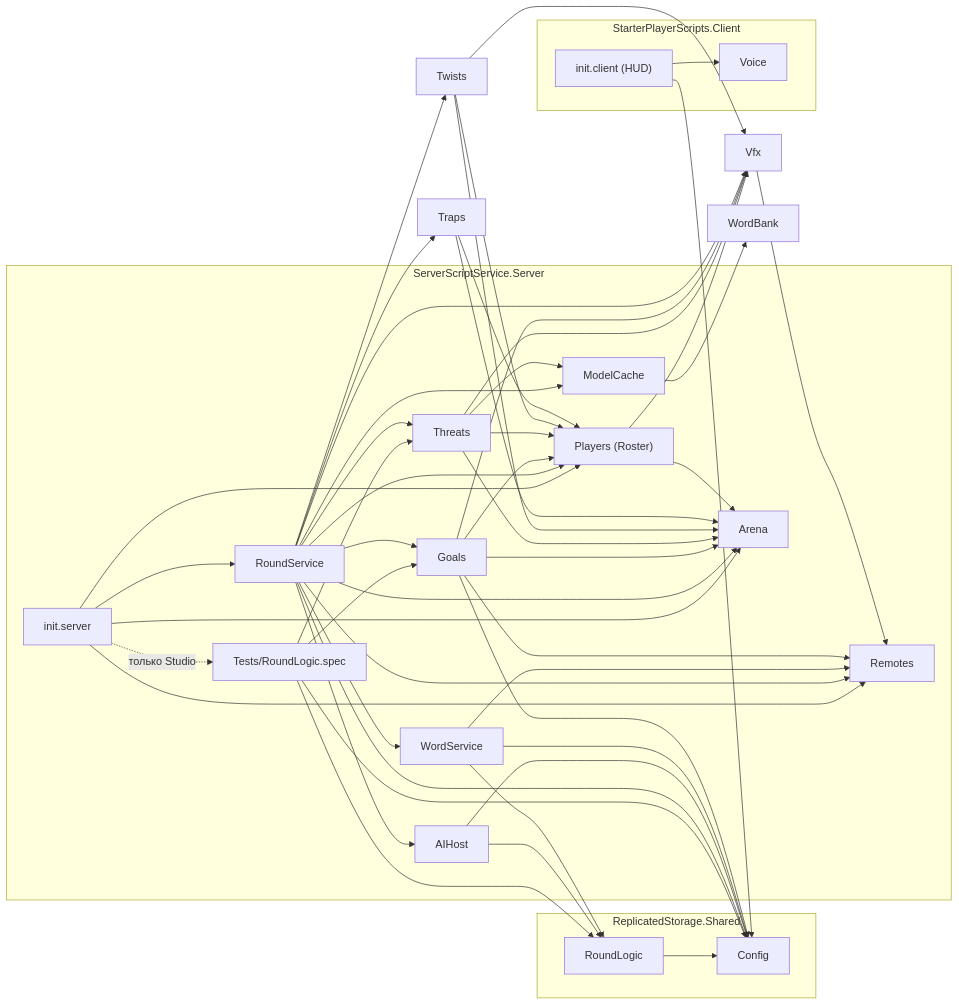
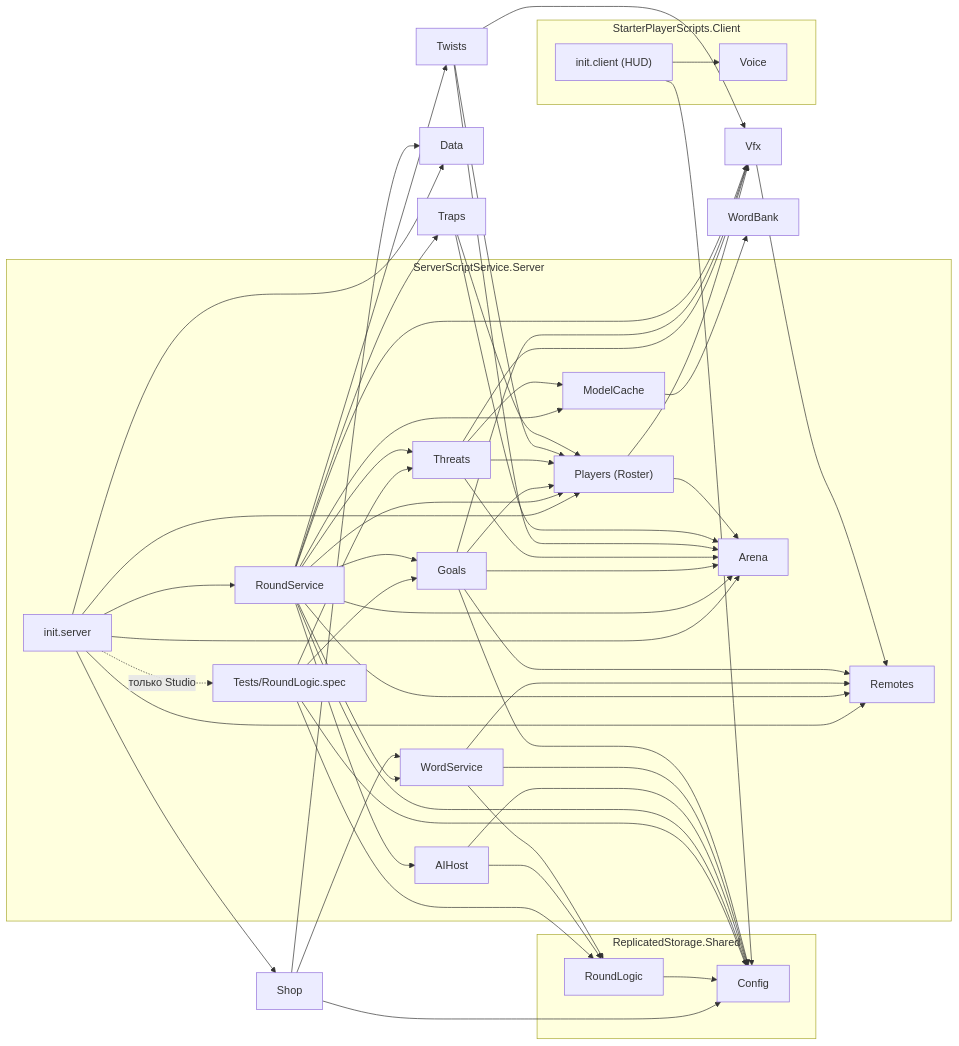
One commit to HageZERO2/AI-SAYS changed the first of 3 diagrams in docs/GRAPH.md. Above: the diagram before and after it, drawn with Mermaid. The commit also changed 11 other files, not shown here.

````diff
--- a/docs/GRAPH.md
+++ b/docs/GRAPH.md
@@ -7,41 +7,42 @@
 ```mermaid
 graph LR
   subgraph Shared["ReplicatedStorage.Shared"]
     Config
     RoundLogic
   end
   subgraph Server["ServerScriptService.Server"]
     init["init.server"]
     Spec["Tests/RoundLogic.spec"]
     RoundService
     AIHost
     Goals
     Threats
     Players["Players (Roster)"]
     Arena
     WordService
     ModelCache
     Remotes
   end
   subgraph Client["StarterPlayerScripts.Client"]
     initc["init.client (HUD)"]
     Voice
   end
 
-  init --> Remotes & Arena & Players & RoundService
+  init --> Remotes & Arena & Data & Shop & Players & RoundService
   init -. только Studio .-> Spec
   Spec --> RoundLogic & Config & Goals & Threats
   RoundService --> AIHost & Goals & Threats & Traps & Twists & Players & Arena & WordService & ModelCache & Remotes & Config
   AIHost --> RoundLogic & Config
   WordService --> RoundLogic & Config & Remotes
   Goals --> Arena & Players & Config & Remotes
   Threats --> Arena & Players & ModelCache
   Twists --> Arena & Players
   Traps --> Arena & Players
+  Shop --> Data & WordService & Config
   Players & Threats & Goals & Twists & RoundService --> Vfx
   Vfx --> Remotes
   ModelCache --> WordBank
   Players --> Arena
   RoundLogic --> Config
   initc --> Voice & Config
 ```
````
